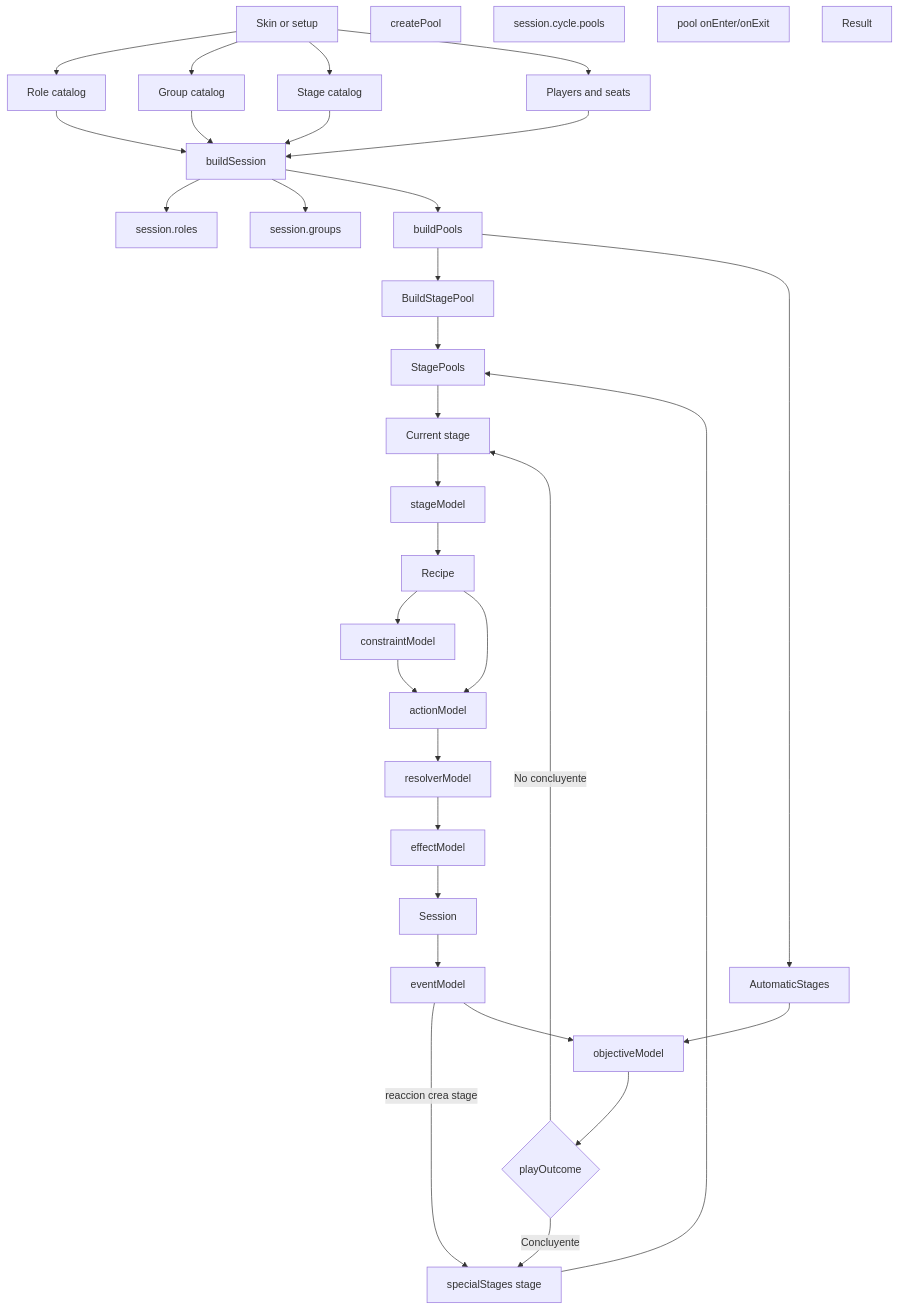
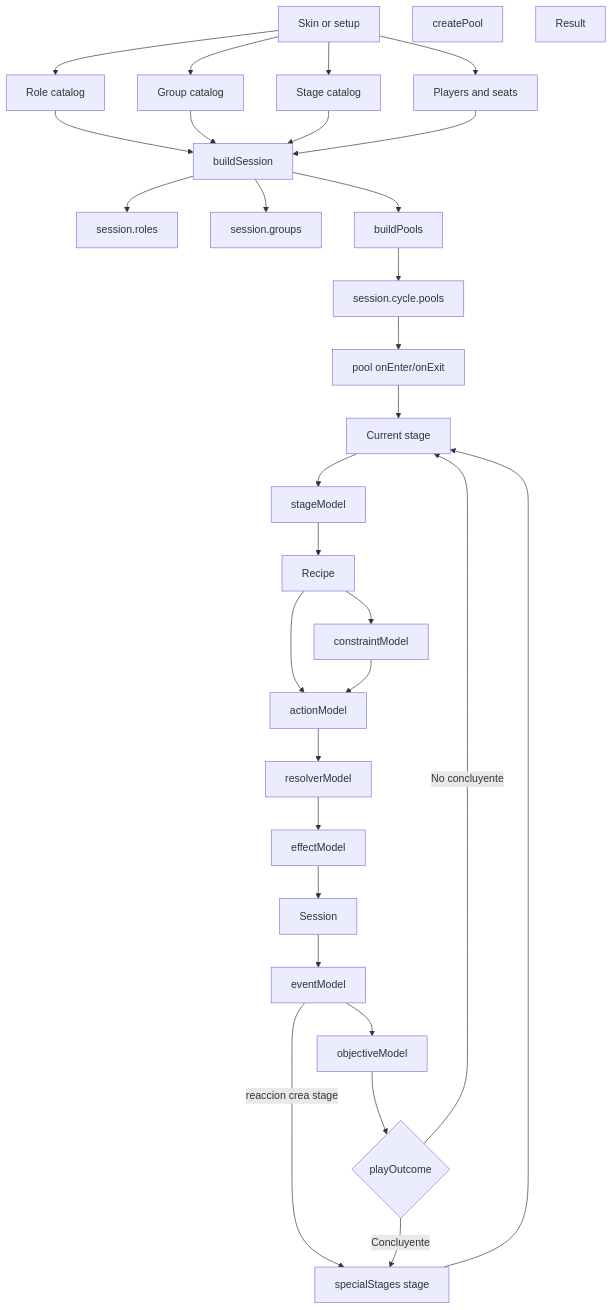
Before and after one commit to juanramonmorandeira/castronegro-director: the first of 14 diagrams in docs/engine_flow_map.md, drawn with Mermaid. The commit also changed other lines of this file and 63 other files, not shown here.

````diff
--- a/docs/engine_flow_map.md
+++ b/docs/engine_flow_map.md
@@ -14,60 +14,58 @@
 ```mermaid
 flowchart TD
   Skin[Skin or setup]
   RoleCatalog[Role catalog]
   GroupCatalog[Group catalog]
   StageCatalog[Stage catalog]
   Players[Players and seats]
   BuildSession[buildSession]
   RoleStates[session.roles]
   GroupStates[session.groups]
   BuildPools[buildPools]
   CreatePool[createPool]
   CyclePools[session.cycle.pools]
   PoolLifecycle[pool onEnter/onExit]
   CurrentStage[Current stage]
   StageModel[stageModel]
   Recipe[Recipe]
   Constraint[constraintModel]
   Action[actionModel]
   Resolver[resolverModel]
   Effect[effectModel]
   Session[Session]
   Objectives[objectiveModel]
   PlayOutcome{playOutcome}
   Event[eventModel]
   SpecialStage[specialStages stage]
   Result[Result]
 
   Skin --> RoleCatalog
   Skin --> GroupCatalog
   Skin --> StageCatalog
   Skin --> Players
   RoleCatalog --> BuildSession
   GroupCatalog --> BuildSession
   StageCatalog --> BuildSession
   Players --> BuildSession
   BuildSession --> RoleStates
   BuildSession --> GroupStates
   BuildSession --> BuildPools
-  BuildPools --> BuildStagePool
-  BuildStagePool --> StagePools
-  BuildPools --> AutomaticStages
-  AutomaticStages --> Objectives
-  StagePools --> CurrentStage
+  BuildPools --> CyclePools
+  CyclePools --> PoolLifecycle
+  PoolLifecycle --> CurrentStage
   CurrentStage --> StageModel
   StageModel --> Recipe
   Recipe --> Constraint
   Recipe --> Action
   Constraint --> Action
   Action --> Resolver
   Resolver --> Effect
   Effect --> Session
   Session --> Event
   Event -->|reaccion crea stage| SpecialStage
-  SpecialStage --> StagePools
+  SpecialStage --> CurrentStage
   Event --> Objectives
   Objectives --> PlayOutcome
   PlayOutcome -->|No concluyente| CurrentStage
   PlayOutcome -->|Concluyente| SpecialStage
 ```
````
